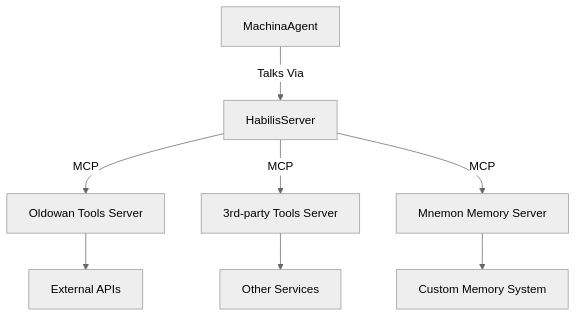
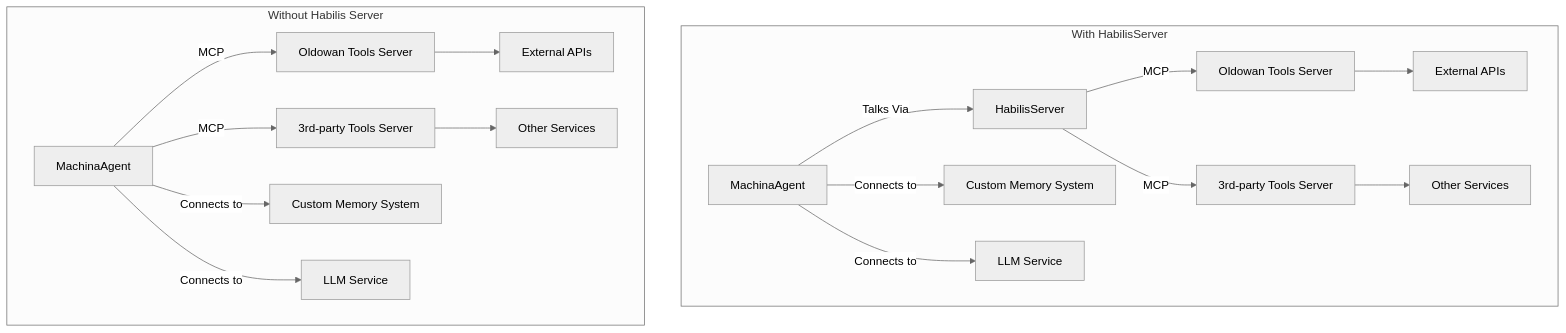
One commit to elite-agents/machina-habilis changed the first of 2 diagrams in README.md. Above: the diagram before and after it, drawn with Mermaid (neutral theme). The commit also changed other lines of this file and 2 other files, not shown here.

````diff
--- a/README.md
+++ b/README.md
@@ -11,10 +11,21 @@
 ```mermaid
 graph TD
-    A[MachinaAgent] -->|Talks Via| B[HabilisServer]
-    B -->|MCP| C[Oldowan Tools Server]
-    B -->|MCP| D[3rd-party Tools Server]
-    B -->|MCP| E[Mnemon Memory Server]
-    C --> F[External APIs]
-    D --> G[Other Services]
-    E --> H[Custom Memory System]
+    subgraph "With HabilisServer"
+        A1[MachinaAgent] -->|Talks Via| B[HabilisServer]
+        B -->|MCP| D[Oldowan Tools Server]
+        B -->|MCP| E[3rd-party Tools Server]
+        A1 -->|Connects to| F[Custom Memory System]
+        A1 -->|Connects to| LLM1[LLM Service]
+        D --> G[External APIs]
+        E --> H[Other Services]
+    end
+
+    subgraph "Without Habilis Server"
+        A2[MachinaAgent] -->|MCP| D2[Oldowan Tools Server]
+        A2 -->|MCP| E2[3rd-party Tools Server]
+        A2 -->|Connects to| F2[Custom Memory System]
+        A2 -->|Connects to| LLM2[LLM Service]
+        D2 --> G2[External APIs]
+        E2 --> H2[Other Services]
+    end
 ```
````
